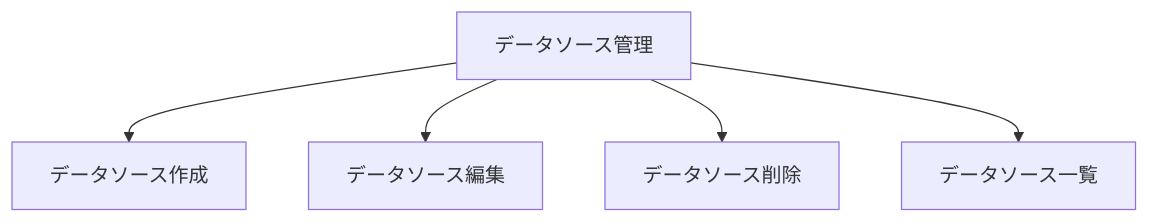
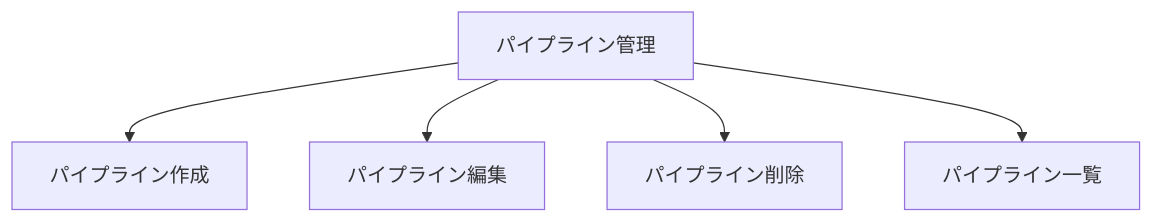
One commit to charlie-dev-ios/natura-ios-app changed the diagram in Documentation/ユーザーストーリーマッピング/003_データソースを管理できる.md. Above: the diagram before and after it, drawn with Mermaid. The commit also changed other lines of this file and 4 other files, not shown here.

````diff
--- a/Documentation/ユーザーストーリーマッピング/003_データソースを管理できる.md
+++ b/Documentation/ユーザーストーリーマッピング/003_データソースを管理できる.md
@@ -41,7 +41,7 @@
 ```mermaid
 graph TD;
-    データソース管理-->データソース作成
-    データソース管理-->データソース編集
-    データソース管理-->データソース削除
-    データソース管理-->データソース一覧
+    パイプライン管理-->パイプライン作成
+    パイプライン管理-->パイプライン編集
+    パイプライン管理-->パイプライン削除
+    パイプライン管理-->パイプライン一覧
 ```
````
